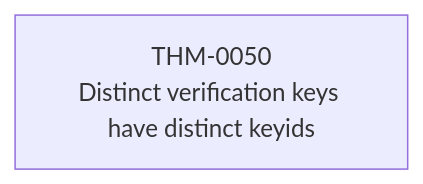
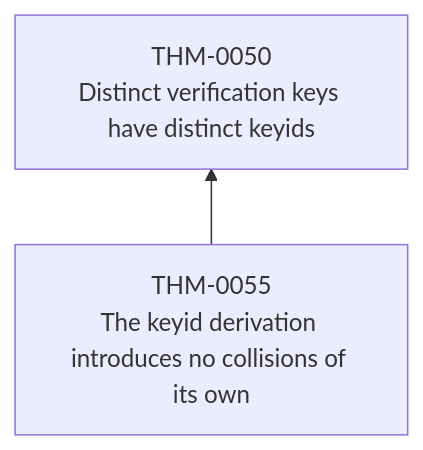
One commit to matssun/mcp-re changed diagram 20 of 21 in verification/generated/theorem-dependencies.md. Above: the diagram before and after it, drawn with Mermaid. The commit also changed other lines of this file and 11 other files, not shown here.

````diff
--- a/verification/generated/theorem-dependencies.md
+++ b/verification/generated/theorem-dependencies.md
@@ -224,4 +226,6 @@
 ```mermaid
 graph BT
     THM_0050["THM-0050<br/>Distinct verification keys have distinct keyids"]
+    THM_0055["THM-0055<br/>The keyid derivation introduces no collisions of its own"]
+    THM_0055 --> THM_0050
 ```
````
